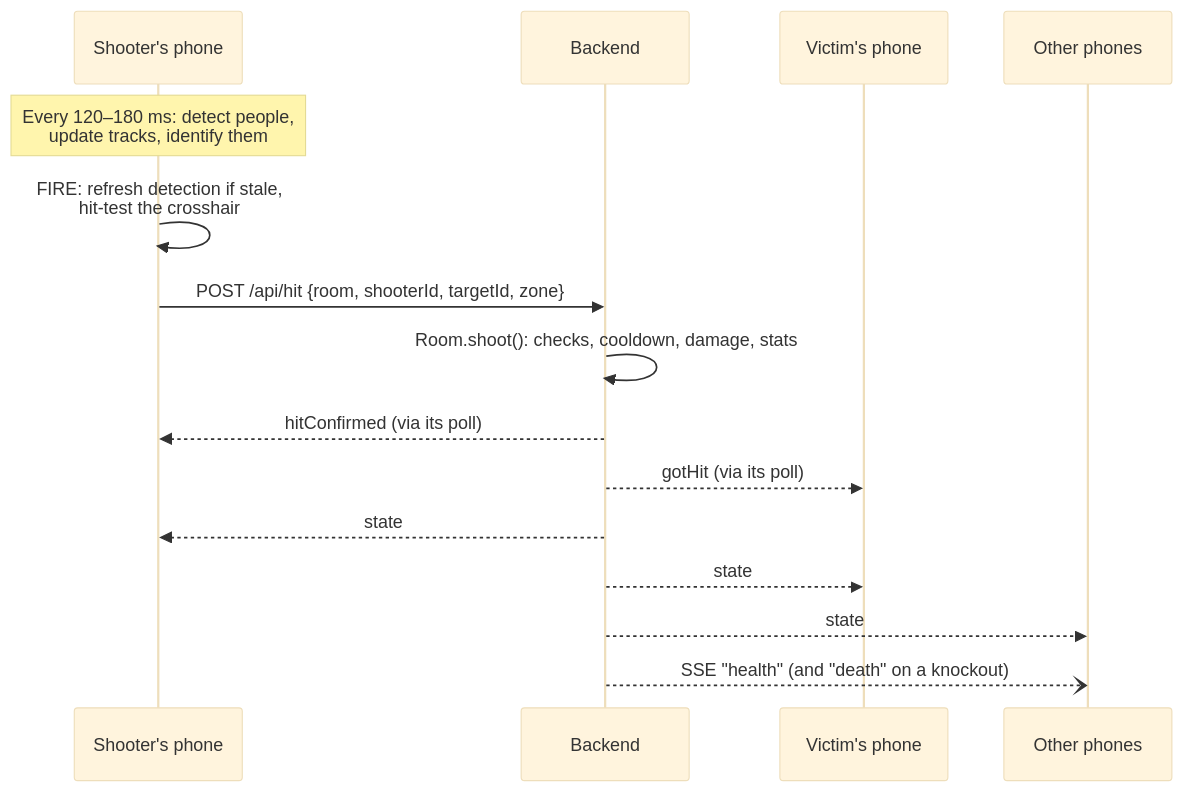
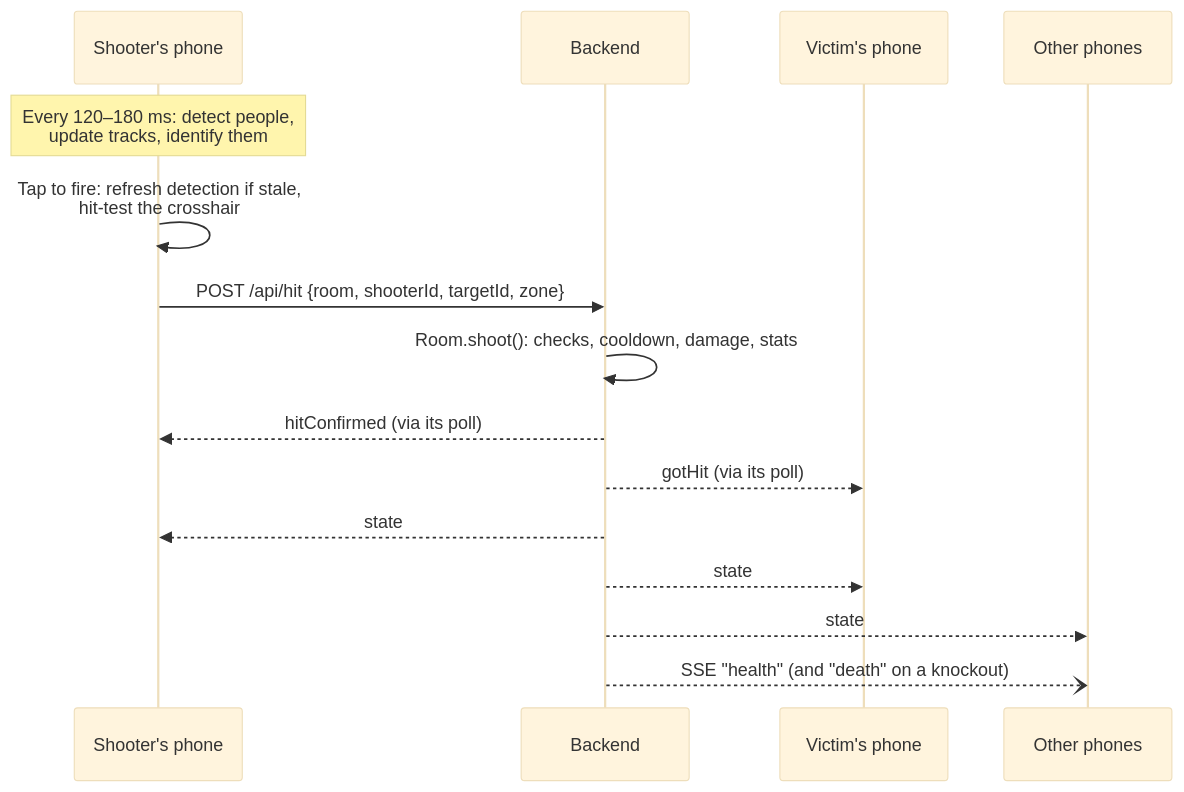
One commit to Basiliskenzahn/Laser-Tag changed the second of 2 diagrams in docs/architecture.md. Above: the diagram before and after it, drawn with Mermaid (base theme). The commit also changed 11 other files, not shown here.

````diff
--- a/docs/architecture.md
+++ b/docs/architecture.md
@@ -51,18 +51,18 @@
 ```mermaid
 sequenceDiagram
   participant S as Shooter's phone
   participant B as Backend
   participant V as Victim's phone
   participant O as Other phones
 
   Note over S: Every 120–180 ms: detect people,<br/>update tracks, identify them
-  S->>S: FIRE: refresh detection if stale,<br/>hit-test the crosshair
+  S->>S: Tap to fire: refresh detection if stale,<br/>hit-test the crosshair
   S->>B: POST /api/hit {room, shooterId, targetId, zone}
   B->>B: Room.shoot(): checks, cooldown, damage, stats
   B-->>S: hitConfirmed (via its poll)
   B-->>V: gotHit (via its poll)
   B-->>S: state
   B-->>V: state
   B-->>O: state
   B--)O: SSE "health" (and "death" on a knockout)
 ```
````
